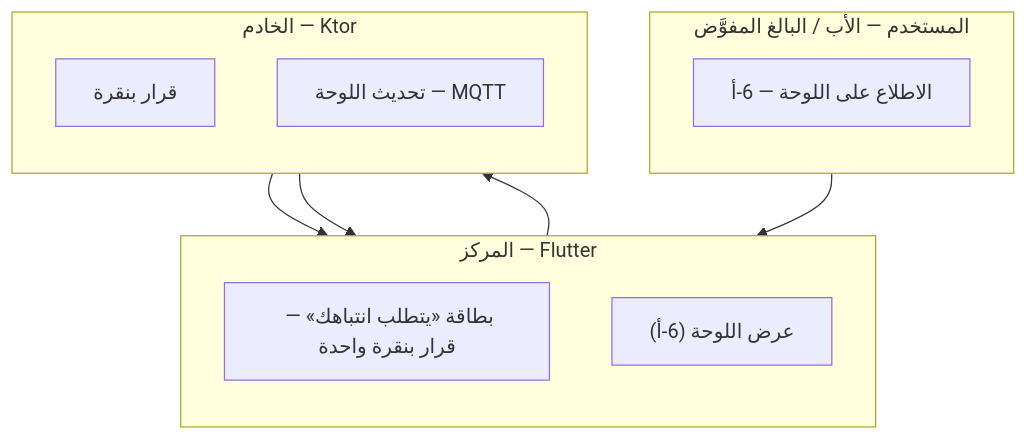
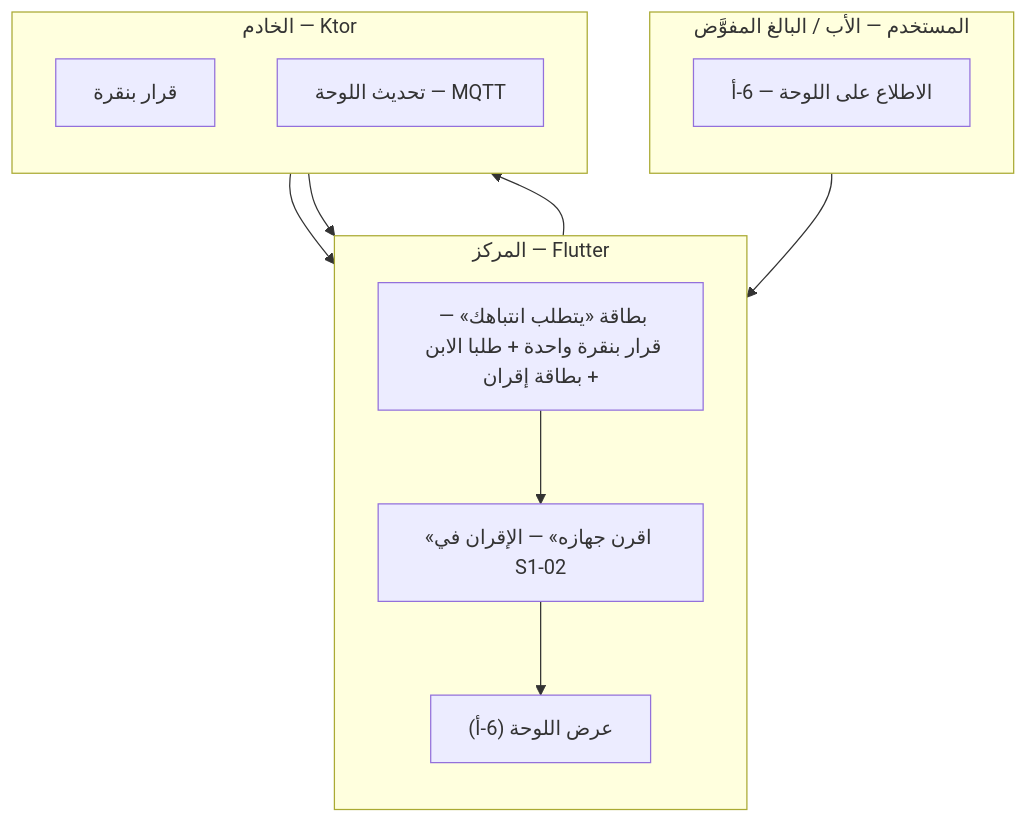
One commit to Bassam-mohammed-alqaeadi/family-os-v2 changed diagram 29 of 34 in docs/family-os/governance/phases/phase-1/S1-09-command-center-and-settings/DIAGRAMS.md. Above: the diagram before and after it, drawn with Mermaid. The commit also changed other lines of this file, not shown here.

Commit message:
Q-440: S1-09 — تسلسل طلبات الابن 3-ك وبطاقات الإقران وإزالة الاقتباس

````diff
--- a/docs/family-os/governance/phases/phase-1/S1-09-command-center-and-settings/DIAGRAMS.md
+++ b/docs/family-os/governance/phases/phase-1/S1-09-command-center-and-settings/DIAGRAMS.md
@@ -940,21 +1023,24 @@
 ```mermaid
 flowchart TD
     subgraph User [المستخدم — الأب / البالغ المفوَّض]
         direction TB
         U2x[الاطلاع على اللوحة — 6-أ]
     end
     subgraph Hub [المركز — Flutter]
         direction TB
-        H10["بطاقة «يتطلب انتباهك» — قرار بنقرة واحدة"]
+        H10["بطاقة «يتطلب انتباهك» — قرار بنقرة واحدة + طلبا الابن + بطاقة إقران"]
+        H11["«اقرن جهازه» — الإقران في S1-02"]
         H4x["عرض اللوحة (6-أ)"]
     end
     subgraph Server [الخادم — Ktor]
         direction TB
         V6[قرار بنقرة]
         V5[تحديث اللوحة — MQTT]
     end
     U2x --> H10
     H10 --> V6
     V6 --> H4x
+    H10 --> H11
+    H11 --> H4x
     V5 --> H4x
 ```
````
